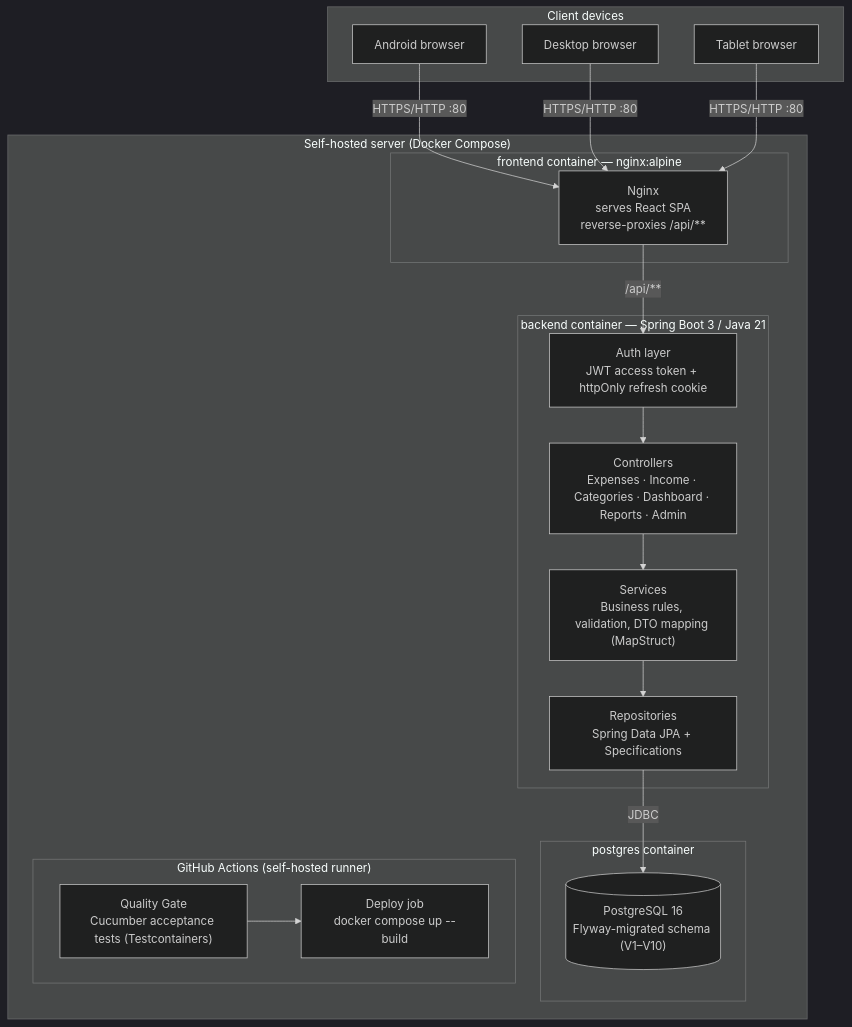
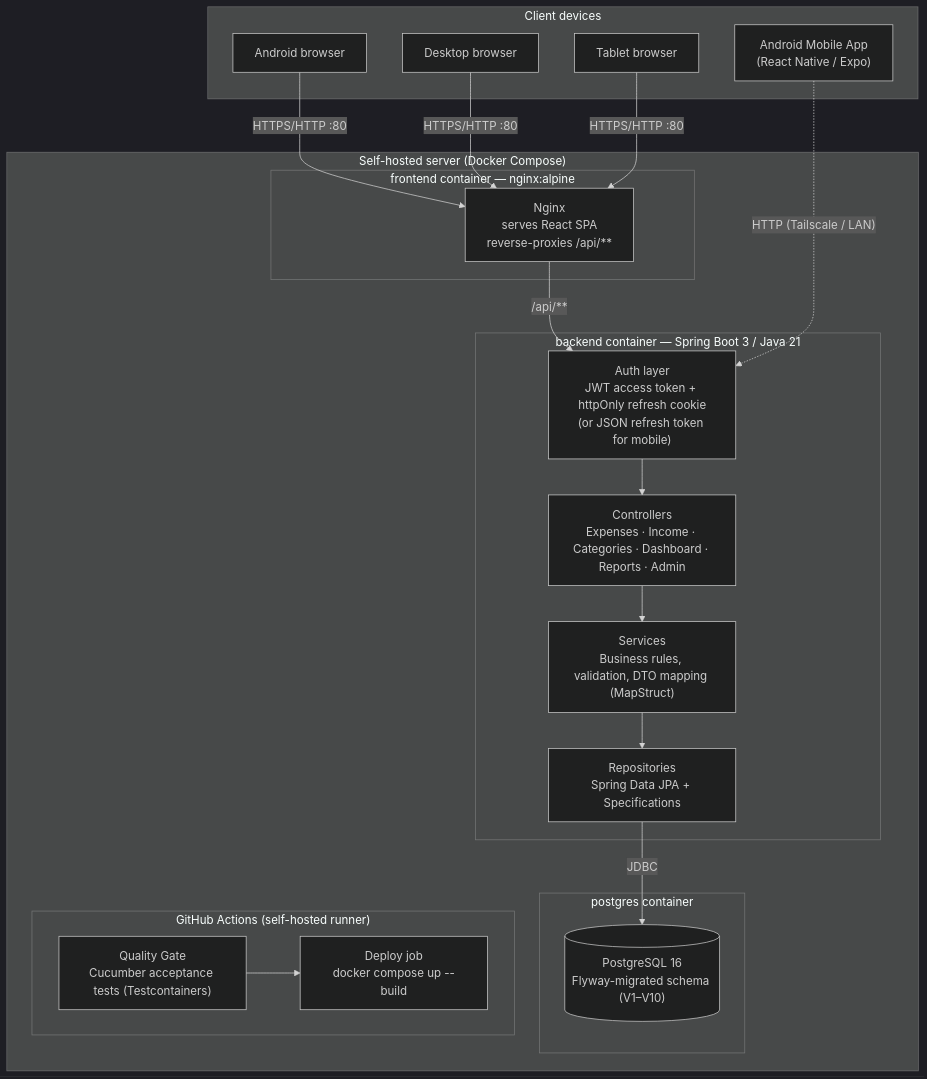
One commit to pavanem/Expense-tracker changed the diagram in README.md. Above: the diagram before and after it, drawn with Mermaid (dark theme). The commit also changed other lines of this file and 3 other files, not shown here.

````diff
--- a/README.md
+++ b/README.md
@@ -11,37 +11,39 @@
 ```mermaid
 flowchart TB
     subgraph Client["Client devices"]
         A1["Android browser"]
         A2["Desktop browser"]
         A3["Tablet browser"]
+        M1["Android Mobile App<br/>(React Native / Expo)"]
     end
 
     subgraph Server["Self-hosted server (Docker Compose)"]
         subgraph FE["frontend container — nginx:alpine"]
             N["Nginx<br/>serves React SPA<br/>reverse-proxies /api/**"]
         end
 
         subgraph BE["backend container — Spring Boot 3 / Java 21"]
-            Auth["Auth layer<br/>JWT access token + httpOnly refresh cookie"]
+            Auth["Auth layer<br/>JWT access token + httpOnly refresh cookie<br/>(or JSON refresh token for mobile)"]
             C["Controllers<br/>Expenses · Income · Categories · Dashboard · Reports · Admin"]
             S["Services<br/>Business rules, validation, DTO mapping (MapStruct)"]
             R["Repositories<br/>Spring Data JPA + Specifications"]
             Auth --> C --> S --> R
         end
 
         subgraph DB["postgres container"]
             P[("PostgreSQL 16<br/>Flyway-migrated schema (V1–V10)")]
         end
 
         subgraph CI["GitHub Actions (self-hosted runner)"]
             QG["Quality Gate<br/>Cucumber acceptance tests (Testcontainers)"]
             DEP["Deploy job<br/>docker compose up --build"]
             QG --> DEP
         end
 
         N -- "/api/**" --> Auth
         R -- "JDBC" --> P
     end
 
     A1 & A2 & A3 -- "HTTPS/HTTP :80" --> N
+    M1 -. "HTTP (Tailscale / LAN)" .-> Auth
 ```
````
